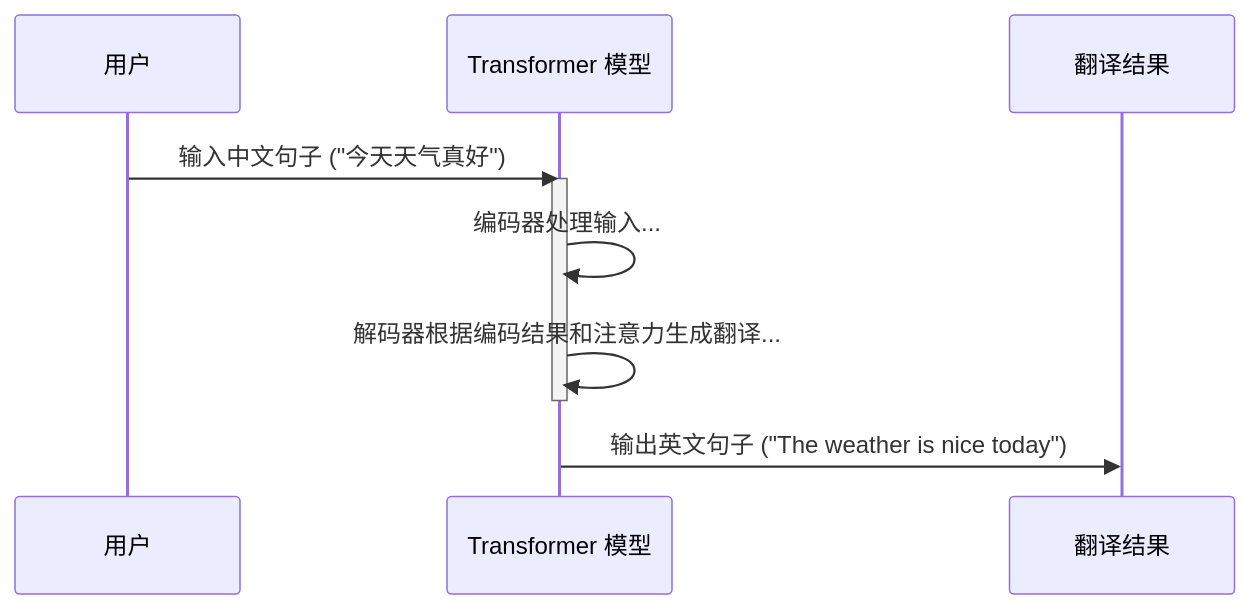
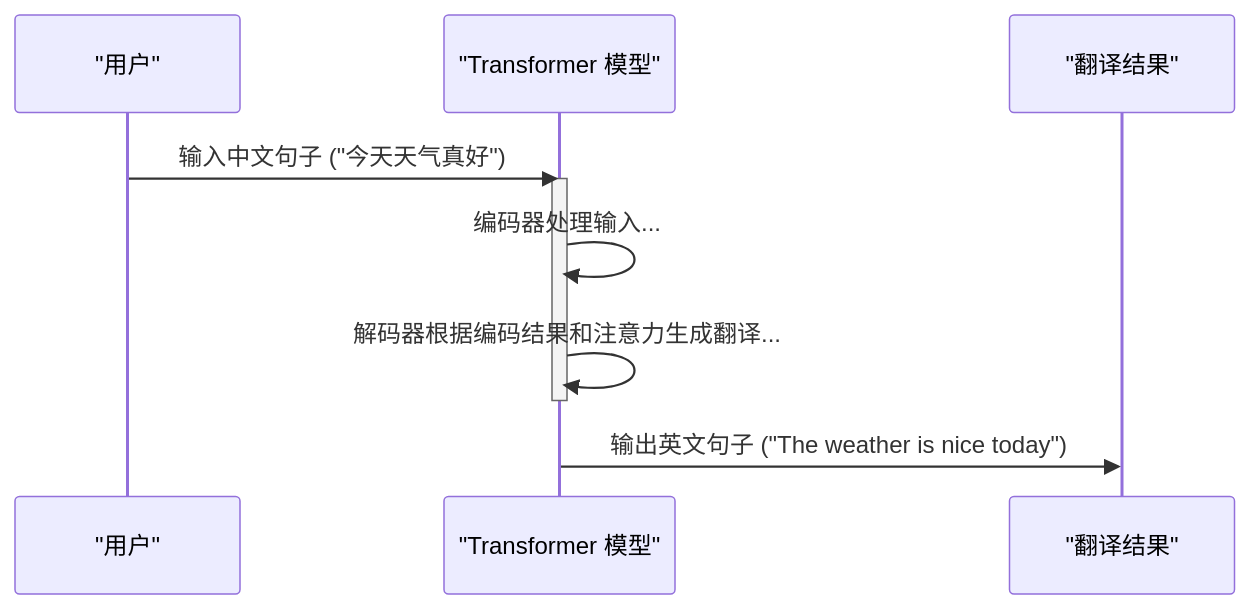
Before and after one commit to jueshi/PocketFlow-Tutorial-Codebase-Knowledge: the second of 2 diagrams in output/Attention_Is_All_You_Need/01_transformer_模型_.md, drawn with Mermaid. The commit also changed 282 other files, not shown here.

````diff
--- a/output/Attention_Is_All_You_Need/01_transformer_模型_.md
+++ b/output/Attention_Is_All_You_Need/01_transformer_模型_.md
@@ -70,13 +70,13 @@
 ```mermaid
 sequenceDiagram
-    participant 用户 as 用户
-    participant Transformer模型 as Transformer 模型
-    participant 翻译结果 as 翻译结果
+    participant 用户 as "用户"
+    participant Transformer模型 as "Transformer 模型"
+    participant 翻译结果 as "翻译结果"
 
     用户->>Transformer模型: 输入中文句子 ("今天天气真好")
     activate Transformer模型
     Transformer模型->>Transformer模型: 编码器处理输入...
     Transformer模型->>Transformer模型: 解码器根据编码结果和注意力生成翻译...
     deactivate Transformer模型
     Transformer模型->>翻译结果: 输出英文句子 ("The weather is nice today")
 ```
````
